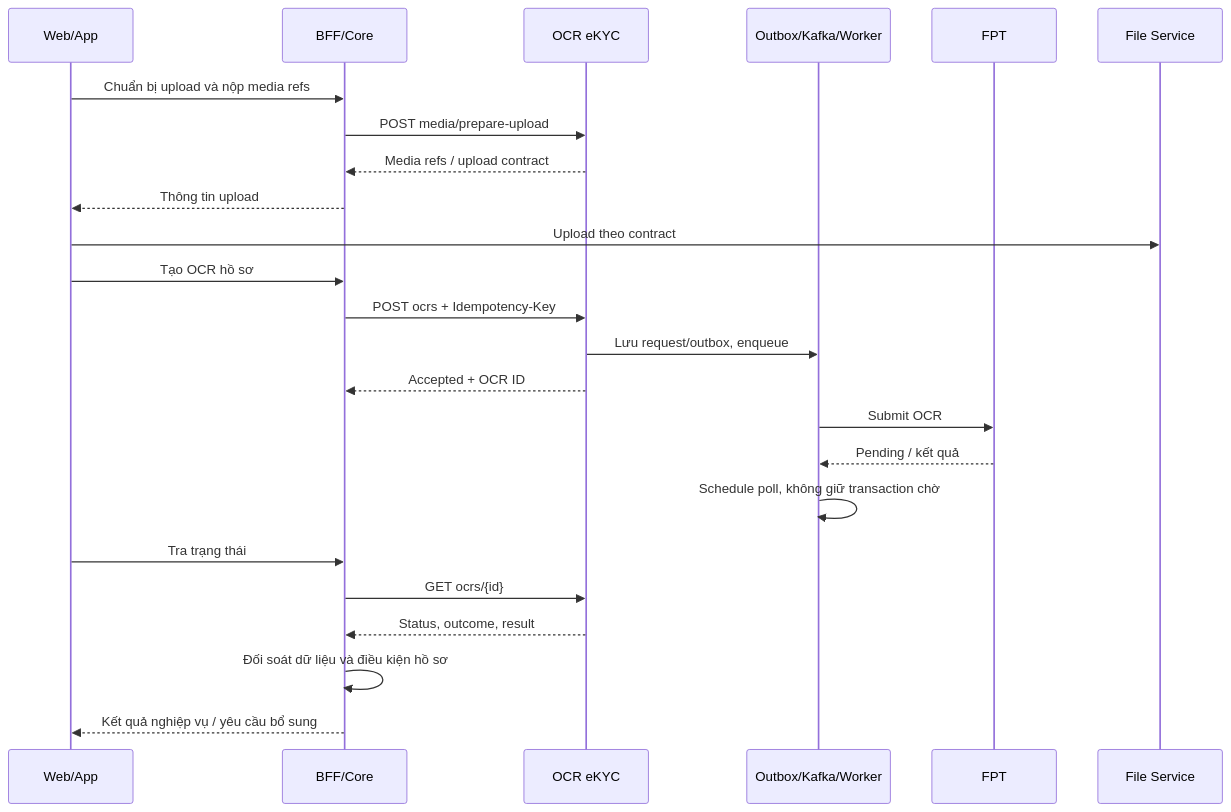
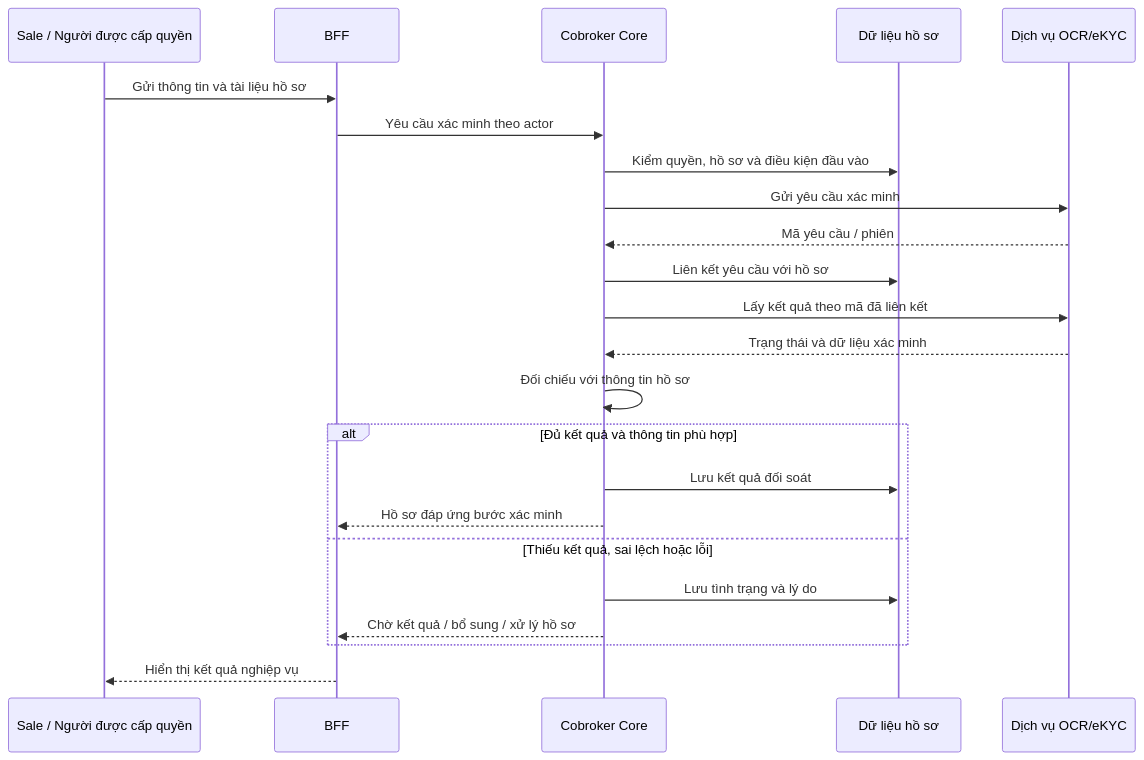
Before and after one commit to huynv-xyz/vhm-tdd: the diagram in cobroker/diagrams/cobroker-05.mmd, drawn with Mermaid. The commit also changed 11 other files, not shown here.

Commit message:
docs: focus Cobroker TTD on business design and service boundaries

```diff
--- a/cobroker/diagrams/cobroker-05.mmd
+++ b/cobroker/diagrams/cobroker-05.mmd
@@ -1,24 +1,23 @@
 sequenceDiagram
-    participant U as Web/App
-    participant B as BFF/Core
-    participant E as OCR eKYC
-    participant Q as Outbox/Kafka/Worker
-    participant F as FPT
-    participant FS as File Service
-    U->>B: Chuẩn bị upload và nộp media refs
-    B->>E: POST media/prepare-upload
-    E-->>B: Media refs / upload contract
-    B-->>U: Thông tin upload
-    U->>FS: Upload theo contract
-    U->>B: Tạo OCR hồ sơ
-    B->>E: POST ocrs + Idempotency-Key
-    E->>Q: Lưu request/outbox, enqueue
-    E-->>B: Accepted + OCR ID
-    Q->>F: Submit OCR
-    F-->>Q: Pending / kết quả
-    Q->>Q: Schedule poll, không giữ transaction chờ
-    U->>B: Tra trạng thái
-    B->>E: GET ocrs/{id}
-    E-->>B: Status, outcome, result
-    B->>B: Đối soát dữ liệu và điều kiện hồ sơ
-    B-->>U: Kết quả nghiệp vụ / yêu cầu bổ sung
+    participant U as Sale / Người được cấp quyền
+    participant B as BFF
+    participant C as Cobroker Core
+    participant D as Dữ liệu hồ sơ
+    participant E as Dịch vụ OCR/eKYC
+    U->>B: Gửi thông tin và tài liệu hồ sơ
+    B->>C: Yêu cầu xác minh theo actor
+    C->>D: Kiểm quyền, hồ sơ và điều kiện đầu vào
+    C->>E: Gửi yêu cầu xác minh
+    E-->>C: Mã yêu cầu / phiên
+    C->>D: Liên kết yêu cầu với hồ sơ
+    C->>E: Lấy kết quả theo mã đã liên kết
+    E-->>C: Trạng thái và dữ liệu xác minh
+    C->>C: Đối chiếu với thông tin hồ sơ
+    alt Đủ kết quả và thông tin phù hợp
+        C->>D: Lưu kết quả đối soát
+        C-->>B: Hồ sơ đáp ứng bước xác minh
+    else Thiếu kết quả, sai lệch hoặc lỗi
+        C->>D: Lưu tình trạng và lý do
+        C-->>B: Chờ kết quả / bổ sung / xử lý hồ sơ
+    end
+    B-->>U: Hiển thị kết quả nghiệp vụ
```
